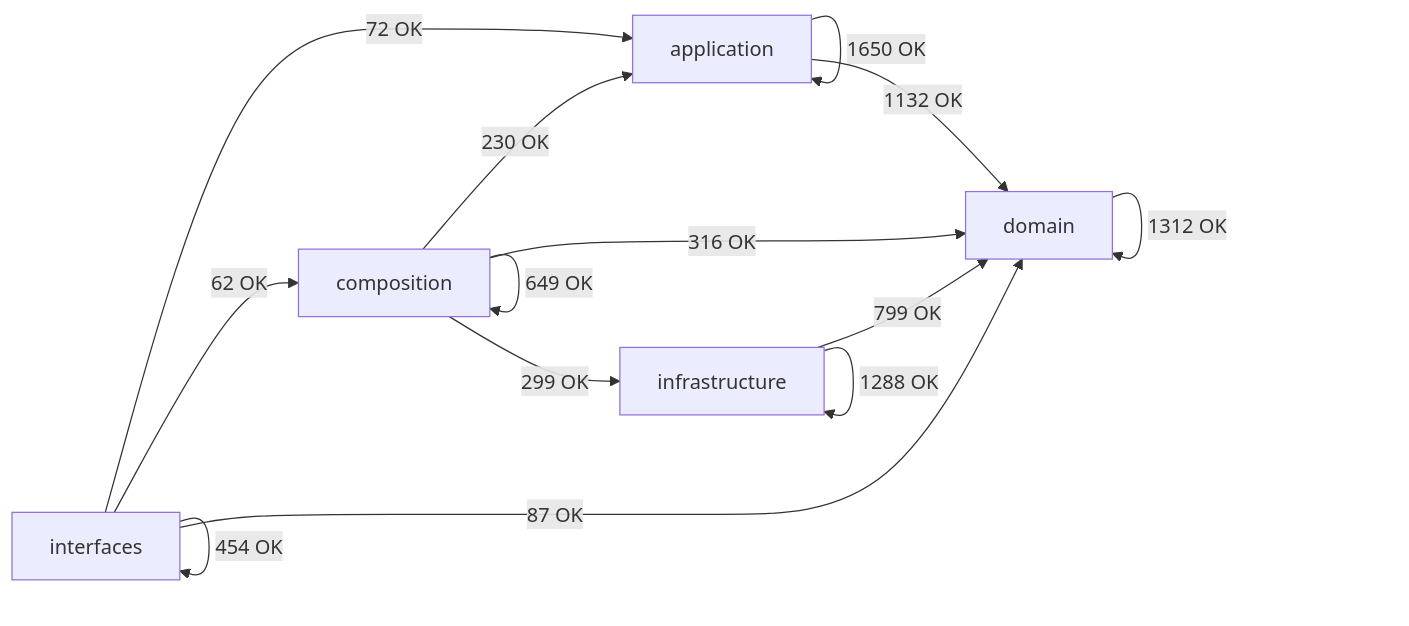
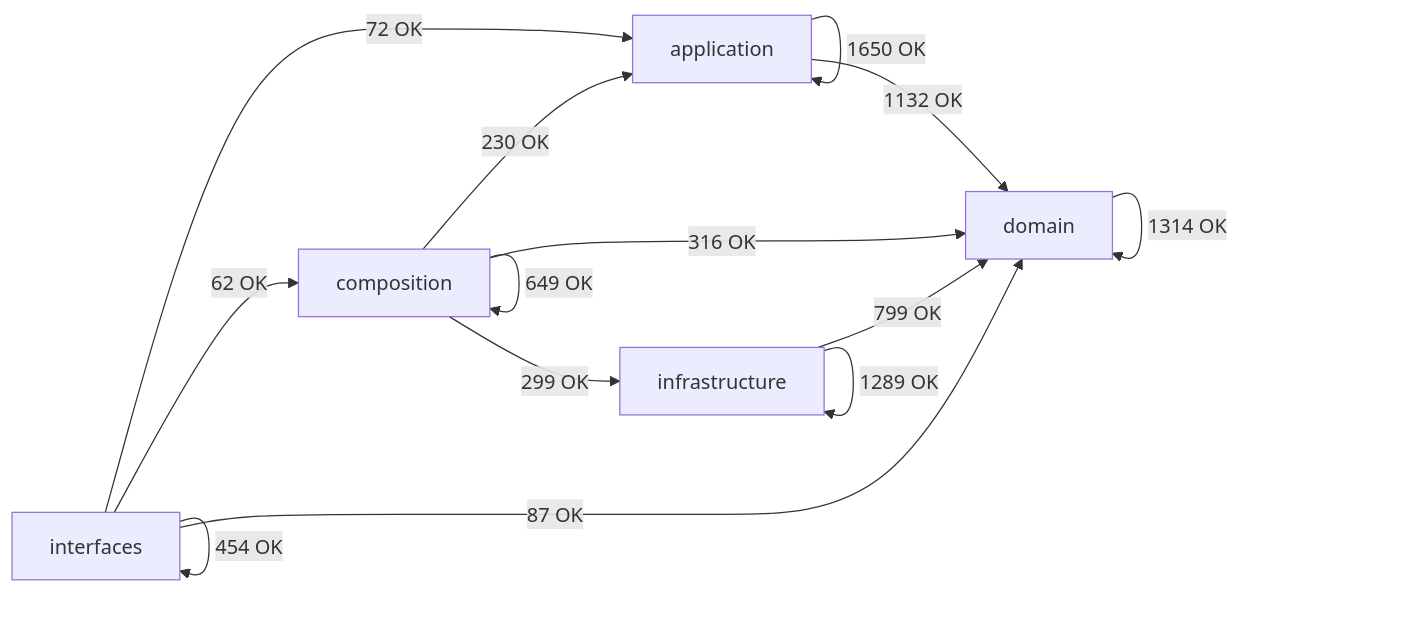
One commit to SatoryKono/BioactivityDataAcquisition changed the diagram in docs/02-architecture/generated/module-dependency-map.md. Above: the diagram before and after it, drawn with Mermaid. The commit also changed other lines of this file and 51 other files, not shown here.

````diff
--- a/docs/02-architecture/generated/module-dependency-map.md
+++ b/docs/02-architecture/generated/module-dependency-map.md
@@ -17,21 +17,21 @@
 ```mermaid
 flowchart LR
     domain[domain]
     application[application]
     infrastructure[infrastructure]
     composition[composition]
     interfaces[interfaces]
     application -->|1650 OK| application
     application -->|1132 OK| domain
     composition -->|230 OK| application
     composition -->|649 OK| composition
     composition -->|316 OK| domain
     composition -->|299 OK| infrastructure
-    domain -->|1312 OK| domain
+    domain -->|1314 OK| domain
     infrastructure -->|799 OK| domain
-    infrastructure -->|1288 OK| infrastructure
+    infrastructure -->|1289 OK| infrastructure
     interfaces -->|72 OK| application
     interfaces -->|62 OK| composition
     interfaces -->|87 OK| domain
     interfaces -->|454 OK| interfaces
 ```
````
